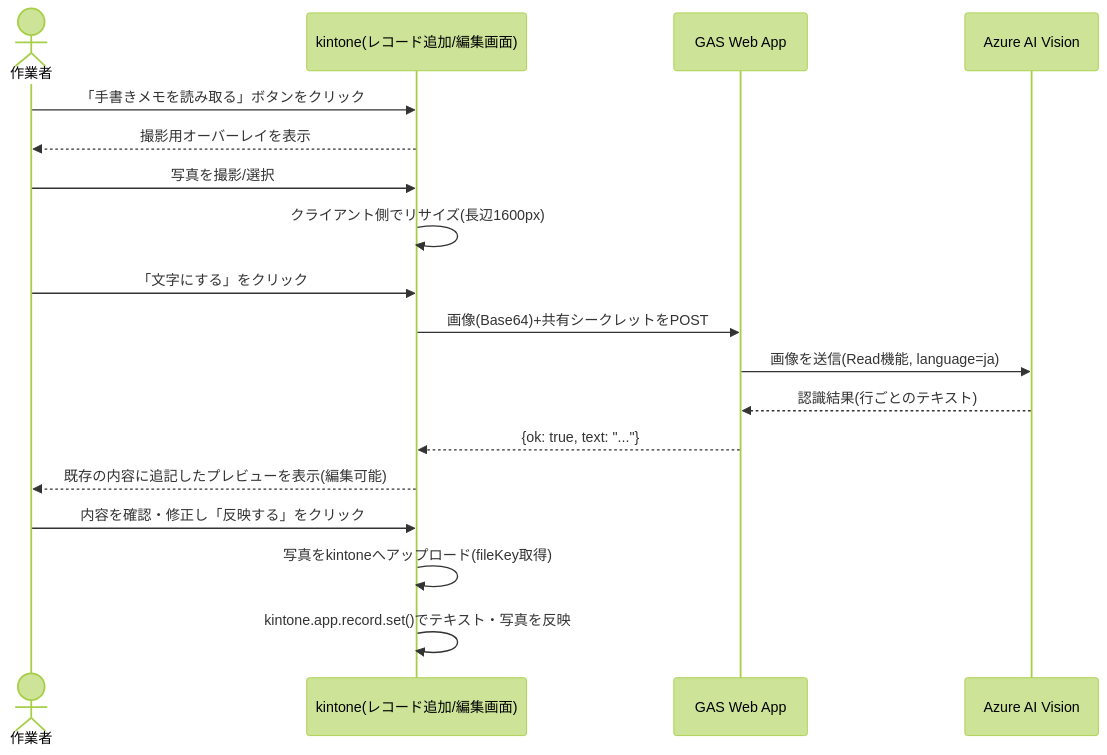
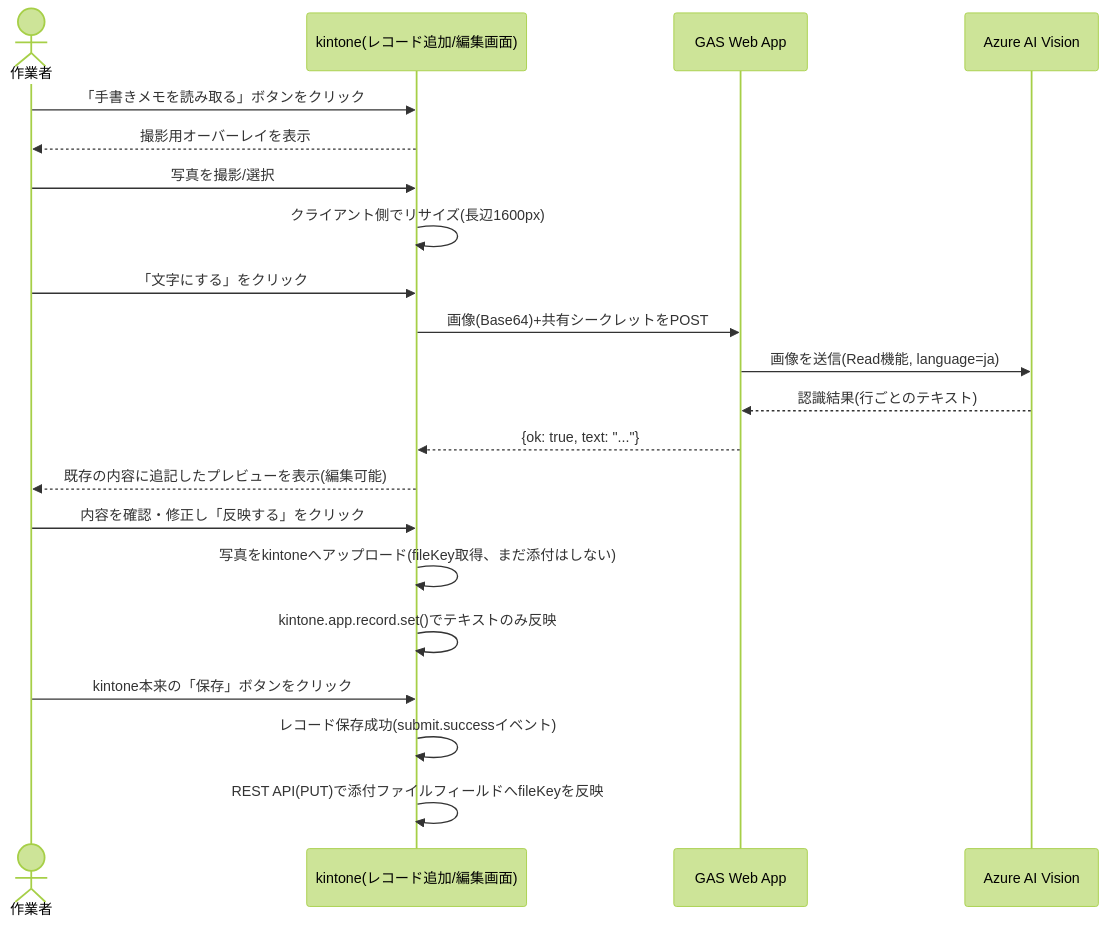
The diagram in customizations/handwriting-input/README.md (un-jay/kintone-customizations), drawn with Mermaid (forest theme) before and after one commit. The commit also changed other lines of this file and 4 other files, not shown here.

````diff
--- a/customizations/handwriting-input/README.md
+++ b/customizations/handwriting-input/README.md
@@ -33,21 +33,24 @@
 ```mermaid
 sequenceDiagram
     actor User as 作業者
     participant Kintone as kintone(レコード追加/編集画面)
     participant GAS as GAS Web App
     participant Azure as Azure AI Vision
 
     User->>Kintone: 「手書きメモを読み取る」ボタンをクリック
     Kintone-->>User: 撮影用オーバーレイを表示
     User->>Kintone: 写真を撮影/選択
     Kintone->>Kintone: クライアント側でリサイズ(長辺1600px)
     User->>Kintone: 「文字にする」をクリック
     Kintone->>GAS: 画像(Base64)+共有シークレットをPOST
     GAS->>Azure: 画像を送信(Read機能, language=ja)
     Azure-->>GAS: 認識結果(行ごとのテキスト)
     GAS-->>Kintone: {ok: true, text: "..."}
     Kintone-->>User: 既存の内容に追記したプレビューを表示(編集可能)
     User->>Kintone: 内容を確認・修正し「反映する」をクリック
-    Kintone->>Kintone: 写真をkintoneへアップロード(fileKey取得)
-    Kintone->>Kintone: kintone.app.record.set()でテキスト・写真を反映
+    Kintone->>Kintone: 写真をkintoneへアップロード(fileKey取得、まだ添付はしない)
+    Kintone->>Kintone: kintone.app.record.set()でテキストのみ反映
+    User->>Kintone: kintone本来の「保存」ボタンをクリック
+    Kintone->>Kintone: レコード保存成功(submit.successイベント)
+    Kintone->>Kintone: REST API(PUT)で添付ファイルフィールドへfileKeyを反映
 ```
````
